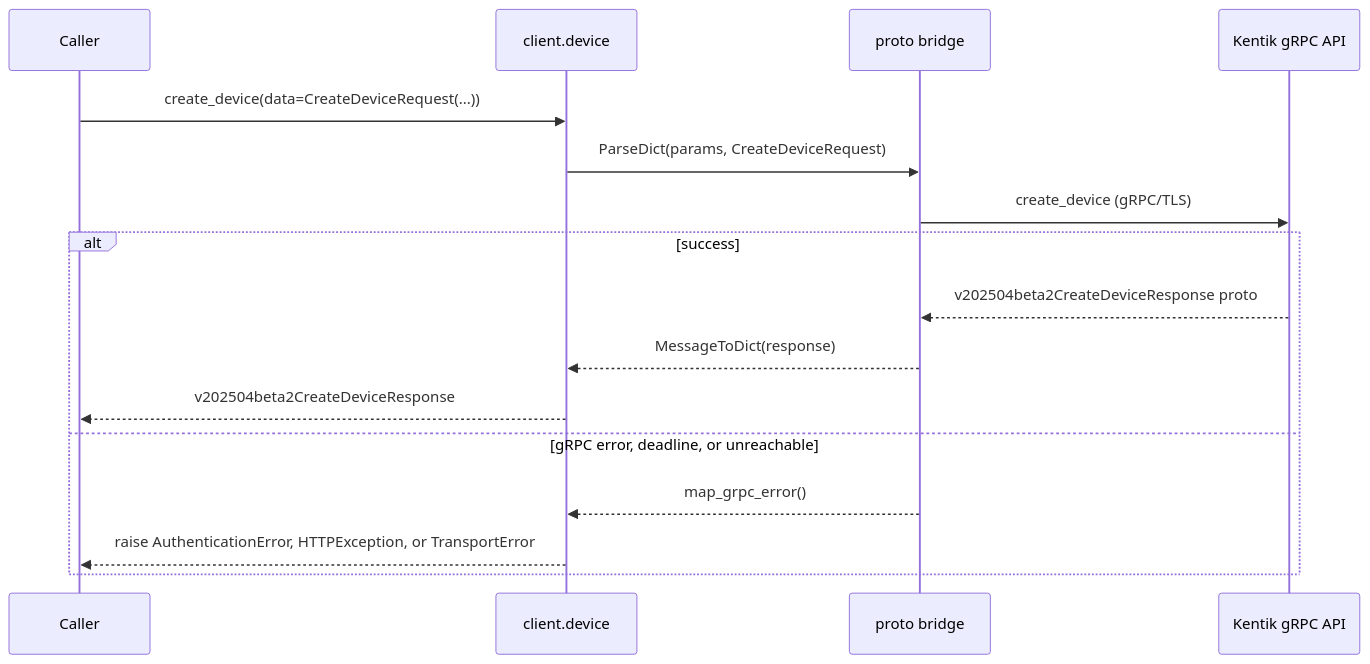
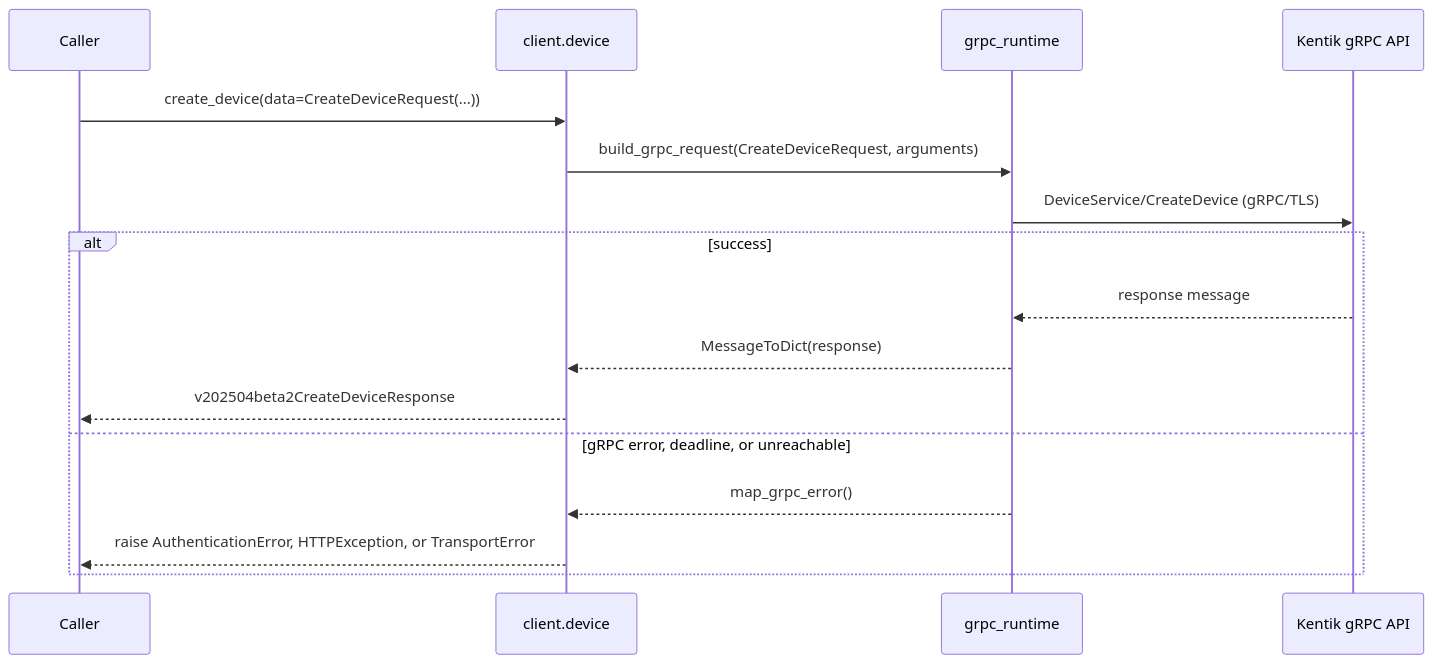
The fifth of 22 diagrams in docs/sphinx/services/device.md (alexdearaujo/community_sdk_python), drawn with Mermaid before and after one commit. The commit also changed other lines of this file and 37 other files, not shown here.

First line of the commit message:
docs: show the real RPC in each service page's gRPC diagram

````diff
--- a/docs/sphinx/services/device.md
+++ b/docs/sphinx/services/device.md
@@ -134,19 +134,19 @@
 ```mermaid
 sequenceDiagram
     participant C as Caller
     participant W as client.device
-    participant B as proto bridge
+    participant R as grpc_runtime
     participant API as Kentik gRPC API
 
     C->>W: create_device(data=CreateDeviceRequest(...))
-    W->>B: ParseDict(params, CreateDeviceRequest)
-    B->>API: create_device (gRPC/TLS)
+    W->>R: build_grpc_request(CreateDeviceRequest, arguments)
+    R->>API: DeviceService/CreateDevice (gRPC/TLS)
     alt success
-        API-->>B: v202504beta2CreateDeviceResponse proto
-        B-->>W: MessageToDict(response)
+        API-->>R: response message
+        R-->>W: MessageToDict(response)
         W-->>C: v202504beta2CreateDeviceResponse
     else gRPC error, deadline, or unreachable
-        B-->>W: map_grpc_error()
+        R-->>W: map_grpc_error()
         W-->>C: raise AuthenticationError, HTTPException, or TransportError
     end
 ```
````
